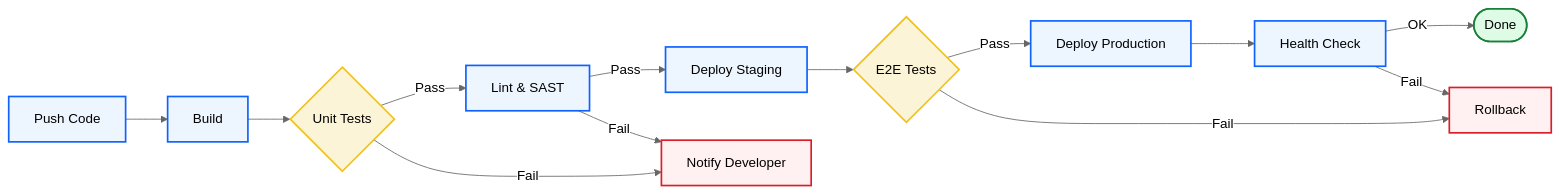
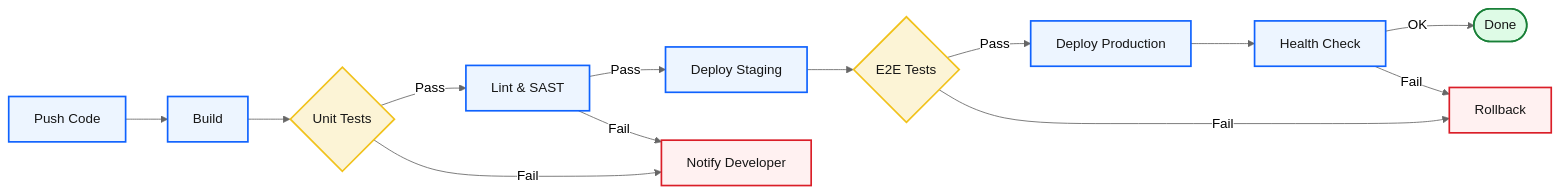
Before and after one commit to zhiweio/mermaid-illustrate: diagram 17 of 17 in examples/flowchart.md, drawn with Mermaid (neutral theme). The commit also changed other lines of this file and 22 other files, not shown here.

````diff
--- a/examples/flowchart.md
+++ b/examples/flowchart.md
@@ -415,25 +414,25 @@
 ```mermaid
 flowchart LR
     Code[Push Code] --> Build[Build]
     Build --> Test{Unit Tests}
     Test -->|Pass| Lint[Lint & SAST]
     Test -->|Fail| Notify1[Notify Developer]
     Lint -->|Pass| DeployStg[Deploy Staging]
     Lint -->|Fail| Notify1
     DeployStg --> E2E{E2E Tests}
     E2E -->|Pass| DeployProd[Deploy Production]
     E2E -->|Fail| Rollback[Rollback]
     DeployProd --> Monitor[Health Check]
     Monitor -->|OK| Done([Done])
     Monitor -->|Fail| Rollback
 
-    classDef bpProcess fill:#edf5ff,stroke:#0f62fe,stroke-width:2px
-    classDef bpDecision fill:#fcf4d6,stroke:#f1c21b,stroke-width:2px
-    classDef bpSuccess fill:#defbe6,stroke:#198038,stroke-width:2px
-    classDef bpError fill:#fff1f1,stroke:#da1e28,stroke-width:2px
+    classDef bpProcess fill:#edf5ff,stroke:#0f62fe,stroke-width:2px,color:#161616
+    classDef bpDecision fill:#fcf4d6,stroke:#f1c21b,stroke-width:2px,color:#161616
+    classDef bpSuccess fill:#defbe6,stroke:#198038,stroke-width:2px,color:#161616
+    classDef bpError fill:#fff1f1,stroke:#da1e28,stroke-width:2px,color:#161616
 
     class Code,Build,Lint,DeployStg,DeployProd,Monitor bpProcess
     class Test,E2E bpDecision
     class Done bpSuccess
     class Notify1,Rollback bpError
 ```
````
